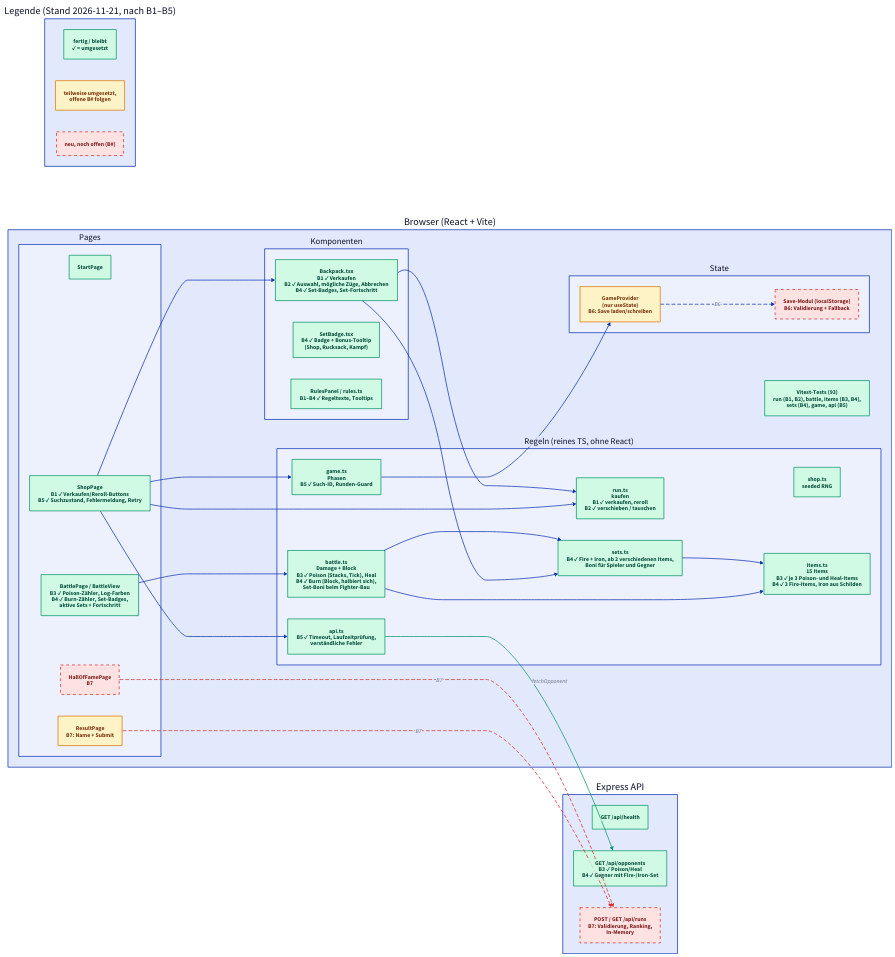
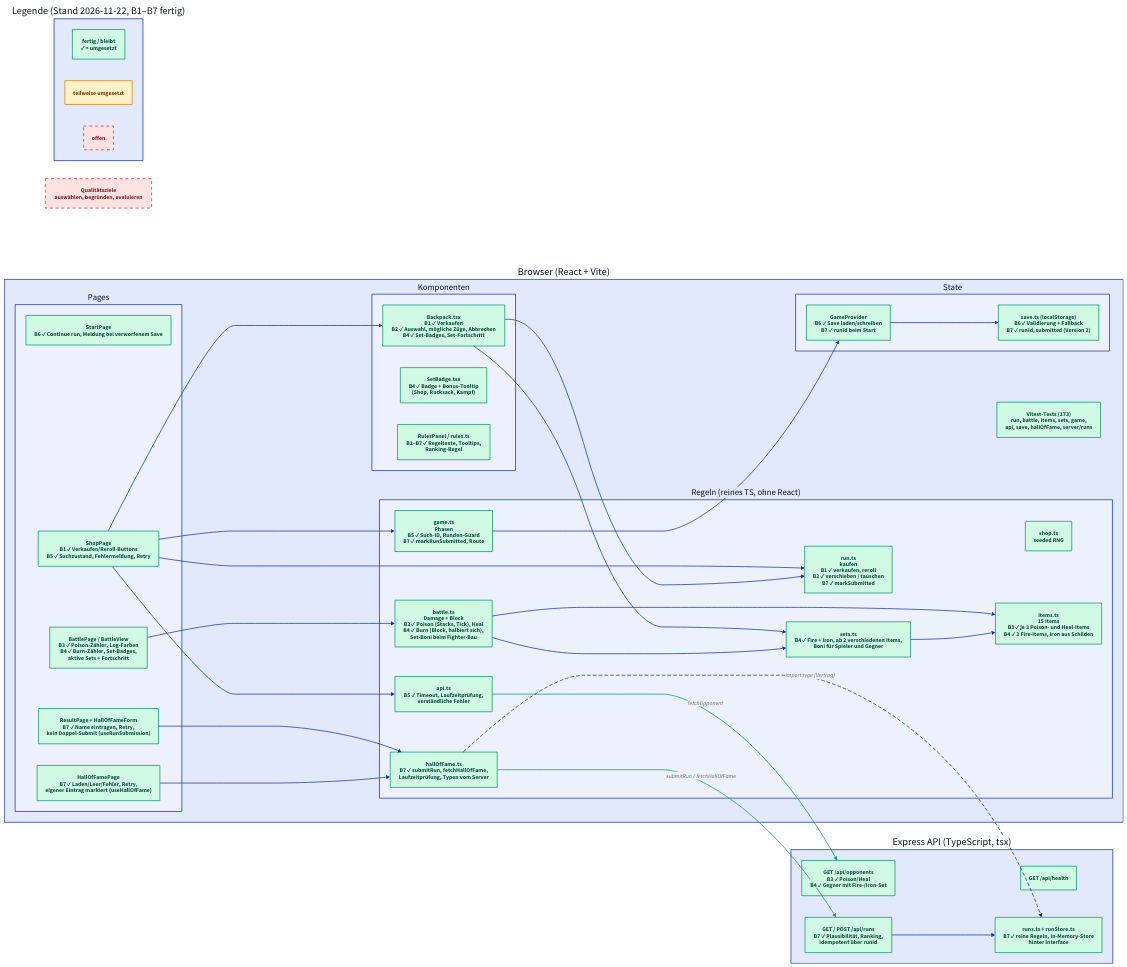
The diagram in docs/diagrams/status.d2 (Roman0-5/backpack-brawl-MaRo), drawn with D2 before and after one commit. The commit also changed 6 other files, not shown here.

Commit message:
docs: B7 commit hashes nach merge eingetragen und Doku samt Diagramme aktualisiert

```diff
--- a/docs/diagrams/status.d2
+++ b/docs/diagrams/status.d2
@@ -1,64 +1,71 @@
 direction: right
 
 classes: {
   done: { style: { fill: "#d1fae5"; stroke: "#059669"; font-color: "#064e3b" } }
   part: { style: { fill: "#fef3c7"; stroke: "#d97706"; font-color: "#78350f" } }
   todo: { style: { fill: "#fee2e2"; stroke: "#dc2626"; font-color: "#7f1d1d"; stroke-dash: 4 } }
 }
 
-legend: "Legende (Stand 2026-11-21, nach B1–B5)" {
+legend: "Legende (Stand 2026-11-22, B1–B7 fertig)" {
   d: "fertig / bleibt\n✓ = umgesetzt" { class: done }
-  p: "teilweise umgesetzt,\noffene B# folgen" { class: part }
-  t: "neu, noch offen (B#)" { class: todo }
+  p: "teilweise umgesetzt" { class: part }
+  t: "offen" { class: todo }
 }
 
 browser: Browser (React + Vite) {
   pages: Pages {
-    start: StartPage { class: done }
+    start: "StartPage\nB6 ✓ Continue run, Meldung bei verworfenem Save" { class: done }
     shop: "ShopPage\nB1 ✓ Verkaufen/Reroll-Buttons\nB5 ✓ Suchzustand, Fehlermeldung, Retry" { class: done }
     battle: "BattlePage / BattleView\nB3 ✓ Poison-Zähler, Log-Farben\nB4 ✓ Burn-Zähler, Set-Badges,\naktive Sets + Fortschritt" { class: done }
-    result: "ResultPage\nB7: Name + Submit" { class: part }
-    hof: "HallOfFamePage\nB7" { class: todo }
+    result: "ResultPage + HallOfFameForm\nB7 ✓ Name eintragen, Retry,\nkein Doppel-Submit (useRunSubmission)" { class: done }
+    hof: "HallOfFamePage\nB7 ✓ Laden/Leer/Fehler, Retry,\neigener Eintrag markiert (useHallOfFame)" { class: done }
   }
   components: Komponenten {
     backpack: "Backpack.tsx\nB1 ✓ Verkaufen\nB2 ✓ Auswahl, mögliche Züge, Abbrechen\nB4 ✓ Set-Badges, Set-Fortschritt" { class: done }
     setbadge: "SetBadge.tsx\nB4 ✓ Badge + Bonus-Tooltip\n(Shop, Rucksack, Kampf)" { class: done }
-    rulespanel: "RulesPanel / rules.ts\nB1–B4 ✓ Regeltexte, Tooltips" { class: done }
+    rulespanel: "RulesPanel / rules.ts\nB1–B7 ✓ Regeltexte, Tooltips,\nRanking-Regel" { class: done }
   }
   state: State {
-    provider: "GameProvider\n(nur useState)\nB6: Save laden/schreiben" { class: part }
-    save: "Save-Modul (localStorage)\nB6: Validierung + Fallback" { class: todo }
+    provider: "GameProvider\nB6 ✓ Save laden/schreiben\nB7 ✓ runId beim Start" { class: done }
+    save: "save.ts (localStorage)\nB6 ✓ Validierung + Fallback\nB7 ✓ runId, submitted (Version 2)" { class: done }
   }
   rules: Regeln (reines TS, ohne React) {
-    run: "run.ts\nkaufen\nB1 ✓ verkaufen, reroll\nB2 ✓ verschieben / tauschen" { class: done }
+    run: "run.ts\nkaufen\nB1 ✓ verkaufen, reroll\nB2 ✓ verschieben / tauschen\nB7 ✓ markSubmitted" { class: done }
     shopts: "shop.ts\nseeded RNG" { class: done }
-    game: "game.ts\nPhasen\nB5 ✓ Such-ID, Runden-Guard" { class: done }
+    game: "game.ts\nPhasen\nB5 ✓ Such-ID, Runden-Guard\nB7 ✓ markRunSubmitted, Route" { class: done }
     api: "api.ts\nB5 ✓ Timeout, Laufzeitprüfung,\nverständliche Fehler" { class: done }
+    hofts: "hallOfFame.ts\nB7 ✓ submitRun, fetchHallOfFame,\nLaufzeitprüfung, Typen vom Server" { class: done }
     battle: "battle.ts\nDamage + Block\nB3 ✓ Poison (Stacks, Tick), Heal\nB4 ✓ Burn (Block, halbiert sich),\nSet-Boni beim Fighter-Bau" { class: done }
     sets: "sets.ts\nB4 ✓ Fire + Iron, ab 2 verschiedenen Items,\nBoni für Spieler und Gegner" { class: done }
     items: "items.ts\n15 Items\nB3 ✓ je 3 Poison- und Heal-Items\nB4 ✓ 3 Fire-Items, Iron aus Schilden" { class: done }
   }
-  tests: "Vitest-Tests (93)\nrun (B1, B2), battle, items (B3, B4),\nsets (B4), game, api (B5)" { class: done }
+  tests: "Vitest-Tests (173)\nrun, battle, items, sets, game,\napi, save, hallOfFame, server/runs" { class: done }
 }
 
-server: Express API {
+server: "Express API (TypeScript, tsx)" {
   health: "GET /api/health" { class: done }
   opp: "GET /api/opponents\nB3 ✓ Poison/Heal\nB4 ✓ Gegner mit Fire-/Iron-Set" { class: done }
-  runs: "POST / GET /api/runs\nB7: Validierung, Ranking,\nIn-Memory" { class: todo }
+  runs: "GET / POST /api/runs\nB7 ✓ Plausibilität, Ranking,\nidempotent über runId" { class: done }
+  runsts: "runs.ts + runStore.ts\nB7 ✓ reine Regeln, In-Memory-Store\nhinter Interface" { class: done }
+  runs -> runsts
 }
+
+quality: "Qualitätsziele\nauswählen, begründen, evaluieren" { class: todo }
 
 browser.pages.shop -> browser.rules.run
 browser.pages.shop -> browser.components.backpack
 browser.components.backpack -> browser.rules.run
 browser.components.backpack -> browser.rules.sets
 browser.pages.shop -> browser.rules.game
 browser.pages.shop -> browser.rules.api
 browser.pages.battle -> browser.rules.battle
 browser.rules.battle -> browser.rules.sets
 browser.rules.battle -> browser.rules.items
 browser.rules.sets -> browser.rules.items
 browser.rules.game -> browser.state.provider
-browser.state.provider -> browser.state.save: B6 { style.stroke-dash: 4 }
+browser.state.provider -> browser.state.save
+browser.pages.result -> browser.rules.hofts
+browser.pages.hof -> browser.rules.hofts
 browser.rules.api -> server.opp: fetchOpponent { style.stroke: "#059669" }
-browser.pages.result -> server.runs: B7 { style.stroke-dash: 4; style.stroke: "#dc2626" }
-browser.pages.hof -> server.runs: B7 { style.stroke-dash: 4; style.stroke: "#dc2626" }
+browser.rules.hofts -> server.runs: "submitRun / fetchHallOfFame" { style.stroke: "#059669" }
+browser.rules.hofts -> server.runsts: "import type (Vertrag)" { style.stroke-dash: 4 }
```
